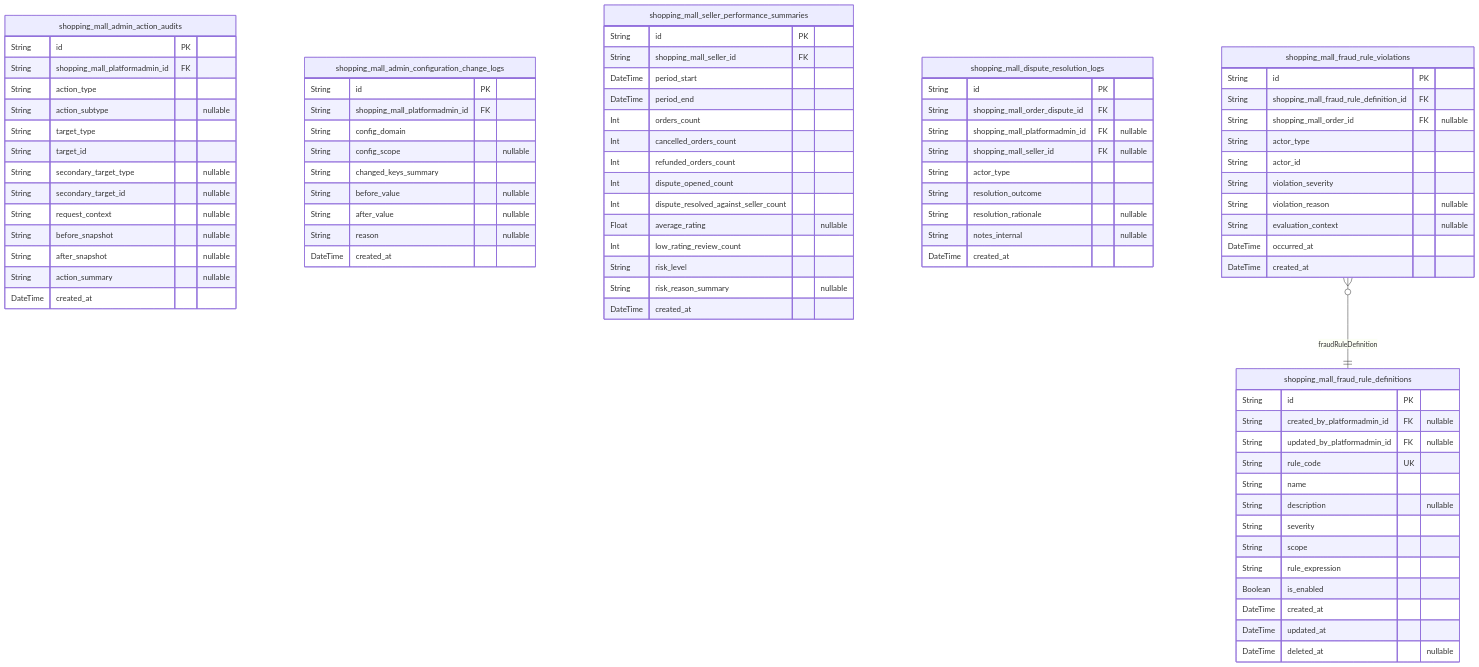
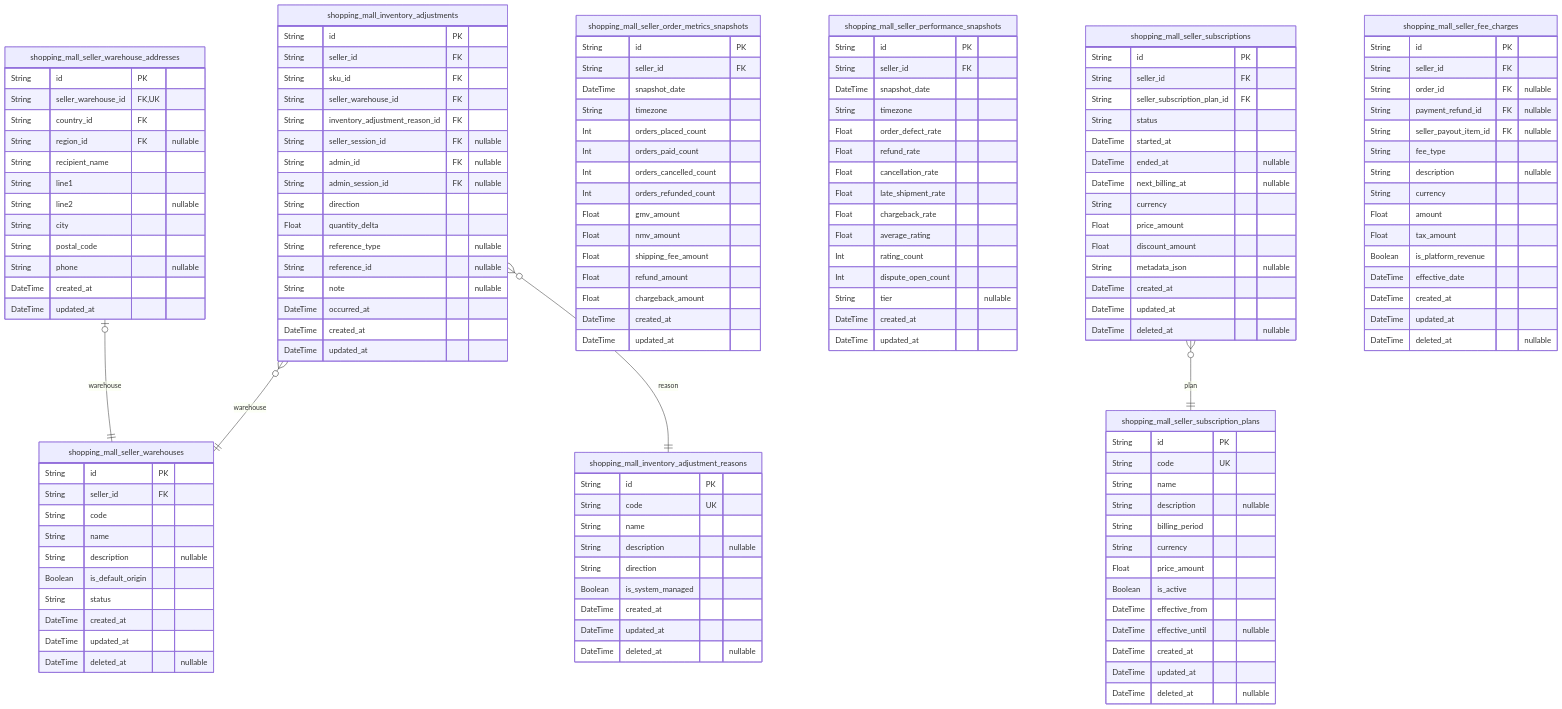
Before and after one commit to wrtnlabs/autobe-examples: the ninth of 12 diagrams in openai/gpt-5.1/shopping/docs/ERD.md, drawn with Mermaid. The commit also changed other lines of this file and 8017 other files, not shown here.

````diff
--- a/openai/gpt-5.1/shopping/docs/ERD.md
+++ b/openai/gpt-5.1/shopping/docs/ERD.md
@@ -4353,84 +5168,144 @@
 ```mermaid
 erDiagram
-"shopping_mall_admin_action_audits" {
+"shopping_mall_seller_warehouses" {
   String id PK
-  String shopping_mall_platformadmin_id FK
-  String action_type
-  String action_subtype "nullable"
-  String target_type
-  String target_id
-  String secondary_target_type "nullable"
-  String secondary_target_id "nullable"
-  String request_context "nullable"
-  String before_snapshot "nullable"
-  String after_snapshot "nullable"
-  String action_summary "nullable"
-  DateTime created_at
-}
-"shopping_mall_admin_configuration_change_logs" {
-  String id PK
-  String shopping_mall_platformadmin_id FK
-  String config_domain
-  String config_scope "nullable"
-  String changed_keys_summary
-  String before_value "nullable"
-  String after_value "nullable"
-  String reason "nullable"
-  DateTime created_at
-}
-"shopping_mall_seller_performance_summaries" {
-  String id PK
-  String shopping_mall_seller_id FK
-  DateTime period_start
-  DateTime period_end
-  Int orders_count
-  Int cancelled_orders_count
-  Int refunded_orders_count
-  Int dispute_opened_count
-  Int dispute_resolved_against_seller_count
-  Float average_rating "nullable"
-  Int low_rating_review_count
-  String risk_level
-  String risk_reason_summary "nullable"
-  DateTime created_at
-}
-"shopping_mall_dispute_resolution_logs" {
-  String id PK
-  String shopping_mall_order_dispute_id FK
-  String shopping_mall_platformadmin_id FK "nullable"
-  String shopping_mall_seller_id FK "nullable"
-  String actor_type
-  String resolution_outcome
-  String resolution_rationale "nullable"
-  String notes_internal "nullable"
-  DateTime created_at
-}
-"shopping_mall_fraud_rule_definitions" {
-  String id PK
-  String created_by_platformadmin_id FK "nullable"
-  String updated_by_platformadmin_id FK "nullable"
-  String rule_code UK
+  String seller_id FK
+  String code
   String name
   String description "nullable"
-  String severity
-  String scope
-  String rule_expression
-  Boolean is_enabled
+  Boolean is_default_origin
+  String status
   DateTime created_at
   DateTime updated_at
   DateTime deleted_at "nullable"
 }
-"shopping_mall_fraud_rule_violations" {
+"shopping_mall_seller_warehouse_addresses" {
   String id PK
-  String shopping_mall_fraud_rule_definition_id FK
-  String shopping_mall_order_id FK "nullable"
-  String actor_type
-  String actor_id
-  String violation_severity
-  String violation_reason "nullable"
-  String evaluation_context "nullable"
+  String seller_warehouse_id FK,UK
+  String country_id FK
+  String region_id FK "nullable"
+  String recipient_name
+  String line1
+  String line2 "nullable"
+  String city
+  String postal_code
+  String phone "nullable"
+  DateTime created_at
+  DateTime updated_at
+}
+"shopping_mall_inventory_adjustment_reasons" {
+  String id PK
+  String code UK
+  String name
+  String description "nullable"
+  String direction
+  Boolean is_system_managed
+  DateTime created_at
+  DateTime updated_at
+  DateTime deleted_at "nullable"
+}
+"shopping_mall_inventory_adjustments" {
+  String id PK
+  String seller_id FK
+  String sku_id FK
+  String seller_warehouse_id FK
+  String inventory_adjustment_reason_id FK
+  String seller_session_id FK "nullable"
+  String admin_id FK "nullable"
+  String admin_session_id FK "nullable"
+  String direction
+  Float quantity_delta
+  String reference_type "nullable"
+  String reference_id "nullable"
+  String note "nullable"
   DateTime occurred_at
   DateTime created_at
+  DateTime updated_at
 }
-"shopping_mall_fraud_rule_violations" }o--|| "shopping_mall_fraud_rule_definitions" : fraudRuleDefinition
+"shopping_mall_seller_order_metrics_snapshots" {
+  String id PK
+  String seller_id FK
+  DateTime snapshot_date
+  String timezone
+  Int orders_placed_count
+  Int orders_paid_count
+  Int orders_cancelled_count
+  Int orders_refunded_count
+  Float gmv_amount
+  Float nmv_amount
+  Float shipping_fee_amount
+  Float refund_amount
+  Float chargeback_amount
+  DateTime created_at
+  DateTime updated_at
+}
+"shopping_mall_seller_performance_snapshots" {
+  String id PK
+  String seller_id FK
+  DateTime snapshot_date
+  String timezone
+  Float order_defect_rate
+  Float refund_rate
+  Float cancellation_rate
+  Float late_shipment_rate
+  Float chargeback_rate
+  Float average_rating
+  Int rating_count
+  Int dispute_open_count
+  String tier "nullable"
+  DateTime created_at
+  DateTime updated_at
+}
+"shopping_mall_seller_subscription_plans" {
+  String id PK
+  String code UK
+  String name
+  String description "nullable"
+  String billing_period
+  String currency
+  Float price_amount
+  Boolean is_active
+  DateTime effective_from
+  DateTime effective_until "nullable"
+  DateTime created_at
+  DateTime updated_at
+  DateTime deleted_at "nullable"
+}
+"shopping_mall_seller_subscriptions" {
+  String id PK
+  String seller_id FK
+  String seller_subscription_plan_id FK
+  String status
+  DateTime started_at
+  DateTime ended_at "nullable"
+  DateTime next_billing_at "nullable"
+  String currency
+  Float price_amount
+  Float discount_amount
+  String metadata_json "nullable"
+  DateTime created_at
+  DateTime updated_at
+  DateTime deleted_at "nullable"
+}
+"shopping_mall_seller_fee_charges" {
+  String id PK
+  String seller_id FK
+  String order_id FK "nullable"
+  String payment_refund_id FK "nullable"
+  String seller_payout_item_id FK "nullable"
+  String fee_type
+  String description "nullable"
+  String currency
+  Float amount
+  Float tax_amount
+  Boolean is_platform_revenue
+  DateTime effective_date
+  DateTime created_at
+  DateTime updated_at
+  DateTime deleted_at "nullable"
+}
+"shopping_mall_seller_warehouse_addresses" |o--|| "shopping_mall_seller_warehouses" : warehouse
+"shopping_mall_inventory_adjustments" }o--|| "shopping_mall_seller_warehouses" : warehouse
+"shopping_mall_inventory_adjustments" }o--|| "shopping_mall_inventory_adjustment_reasons" : reason
+"shopping_mall_seller_subscriptions" }o--|| "shopping_mall_seller_subscription_plans" : plan
 ```
````
